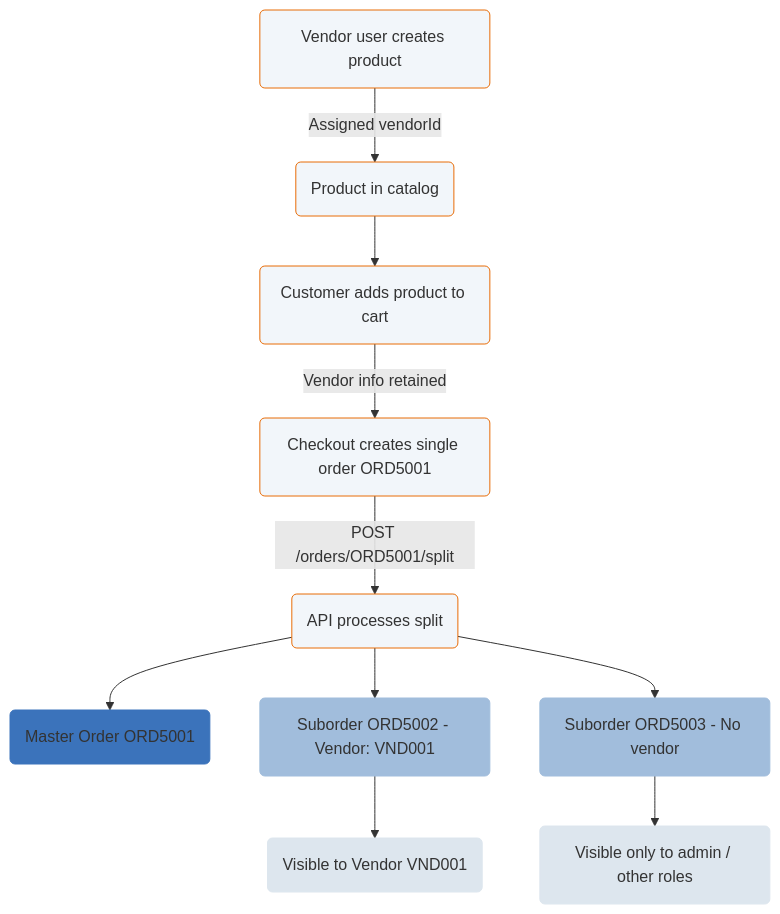
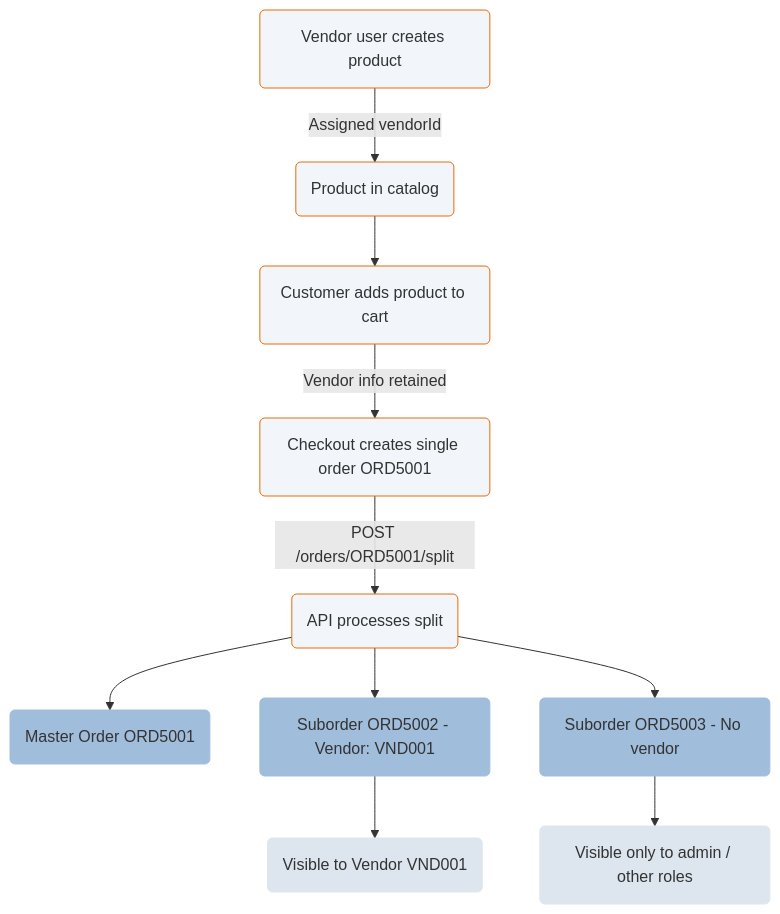
One commit to emporix/api-references changed the diagram in companies-and-customers/vendor-service/vendor.md. Above: the diagram before and after it, drawn with Mermaid.

````diff
--- a/companies-and-customers/vendor-service/vendor.md
+++ b/companies-and-customers/vendor-service/vendor.md
@@ -421,42 +421,42 @@
 ```mermaid
 ---
 config:
   layout: fixed
   theme: default
   look: classic
 ---
 flowchart TD
     A[Vendor user creates product] -->|Assigned vendorId| B[Product in catalog]
     B --> C[Customer adds product to cart]
     C -->|Vendor info retained| D[Checkout creates single order ORD5001]
     D -->|POST /orders/ORD5001/split| E[API processes split]
     E --> F[Master Order ORD5001]
     E --> G[Suborder ORD5002 - Vendor: VND001]
     E --> H[Suborder ORD5003 - No vendor]
     G --> I[Visible to Vendor VND001]
     H --> J[Visible only to admin / other roles]
       A@{ shape: rounded}
       B@{ shape: rounded}
       C@{ shape: rounded}
       D@{ shape: rounded}
       E@{ shape: rounded}
       F@{ shape: rounded}
       G@{ shape: rounded}
       H@{ shape: rounded}
       I@{ shape: rounded}
       J@{ shape: rounded}
       A:::Class_04
       B:::Class_04
       C:::Class_04
       D:::Class_04
       E:::Class_04
-      F:::Class_03
+      F:::Class_01
       G:::Class_01
       H:::Class_01
       I:::Class_02
       J:::Class_02
     classDef Class_02 stroke-width:1px, stroke-dasharray: 0, stroke:#DDE6EE, fill:#DDE6EE
     classDef Class_01 stroke-width:1px, stroke-dasharray: 0, stroke:#A1BDDC, fill:#A1BDDC
     classDef Class_03 stroke-width:1px, stroke-dasharray: 0, stroke:#3b73bb, fill:#3b73bb
     classDef Class_04 fill:#F2F6FA, stroke:#E86C07
 ```
````
